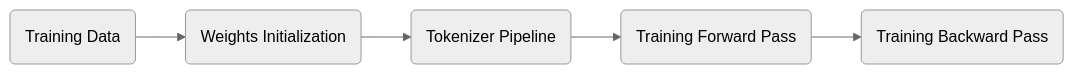
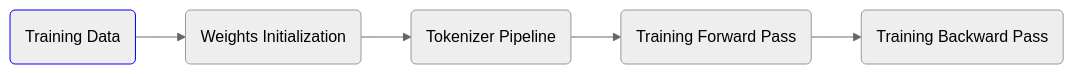
One commit to ChrisZhu2050/chriszhu2050.github.io changed the first of 19 diagrams in index.md. Above: the diagram before and after it, drawn with Mermaid (neutral theme).

````diff
--- a/index.md
+++ b/index.md
@@ -11,10 +11,11 @@
 ```mermaid
 
 graph LR
-    A(Training Data)  --> B(Weights Initialization) --> C(Tokenizer Pipeline) --> D(Training Forward Pass) --> E(Training Backward Pass)
+    A(Training Data):::myStyle  --> B(Weights Initialization) --> C(Tokenizer Pipeline) --> D(Training Forward Pass) --> E(Training Backward Pass)
     click A "#training-data"
     click B "#weights-initialization"
     click C "#tokenizer-pipeline"
     click D "#training-forward-pass"
     click E "#training-backward-pass"
+    classDef myStyle stroke:#0000ff 
 ```     
````
